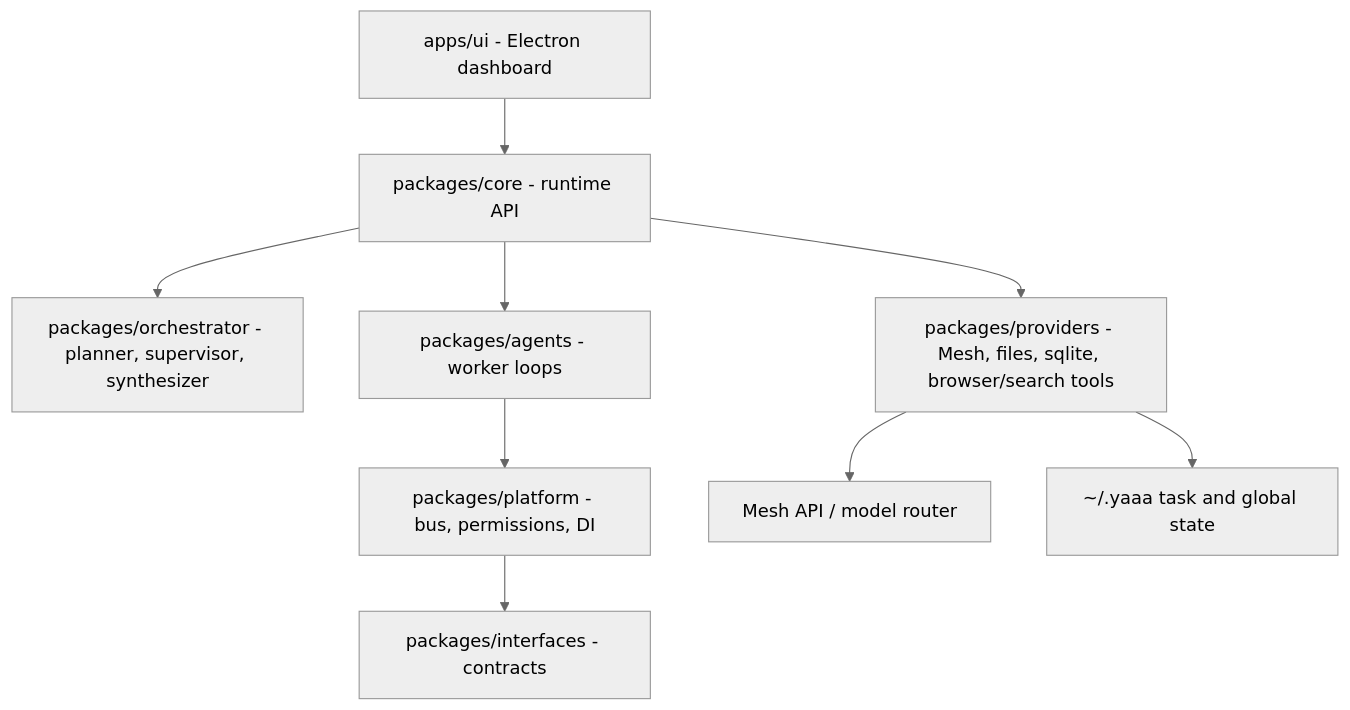
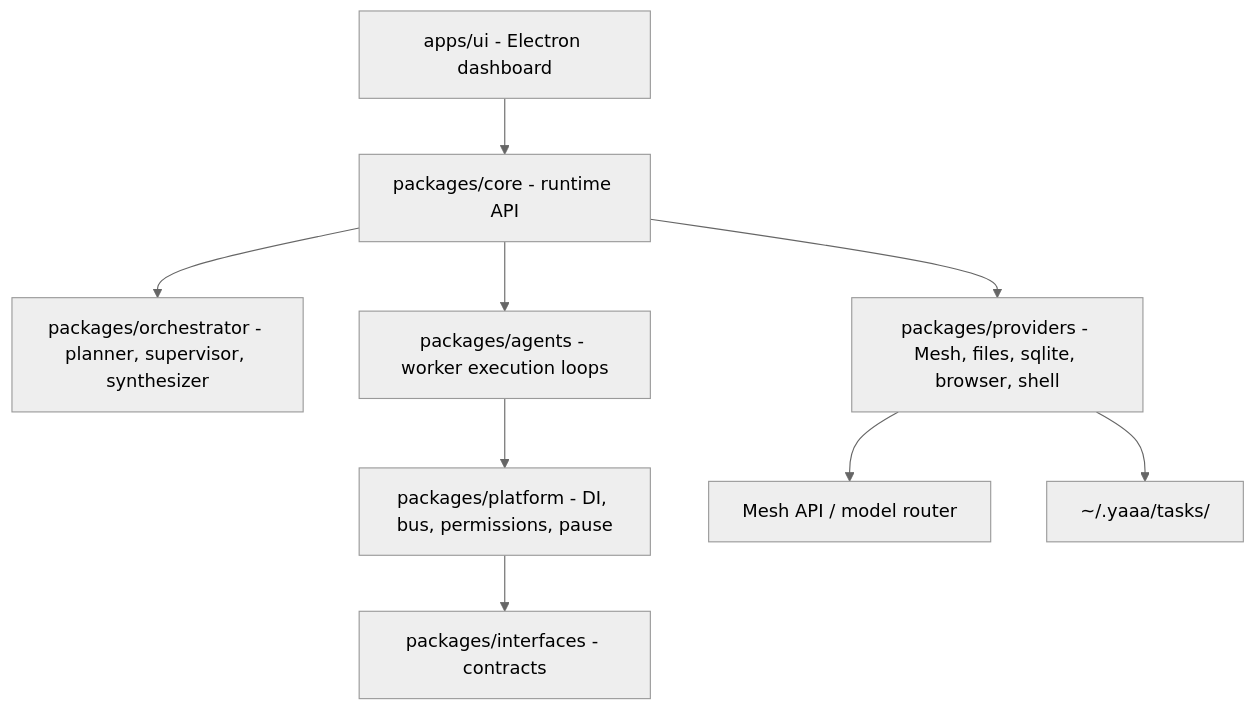
The second of 2 diagrams in README.md (Yet-Another-AI-Agent/YAAA), drawn with Mermaid (neutral theme) before and after one commit. The commit also changed other lines of this file, not shown here.

````diff
--- a/README.md
+++ b/README.md
@@ -73,11 +160,11 @@
 ```mermaid
 graph TD
     UI["apps/ui - Electron dashboard"] --> Core["packages/core - runtime API"]
     Core --> Orchestrator["packages/orchestrator - planner, supervisor, synthesizer"]
-    Core --> Agents["packages/agents - worker loops"]
-    Agents --> Platform["packages/platform - bus, permissions, DI"]
+    Core --> Agents["packages/agents - worker execution loops"]
+    Agents --> Platform["packages/platform - DI, bus, permissions, pause"]
     Platform --> Interfaces["packages/interfaces - contracts"]
-    Core --> Providers["packages/providers - Mesh, files, sqlite, browser/search tools"]
+    Core --> Providers["packages/providers - Mesh, files, sqlite, browser, shell"]
     Providers --> Mesh["Mesh API / model router"]
-    Providers --> State["~/.yaaa task and global state"]
+    Providers --> TaskState["~/.yaaa/tasks/<taskId>"]
 ```
````
